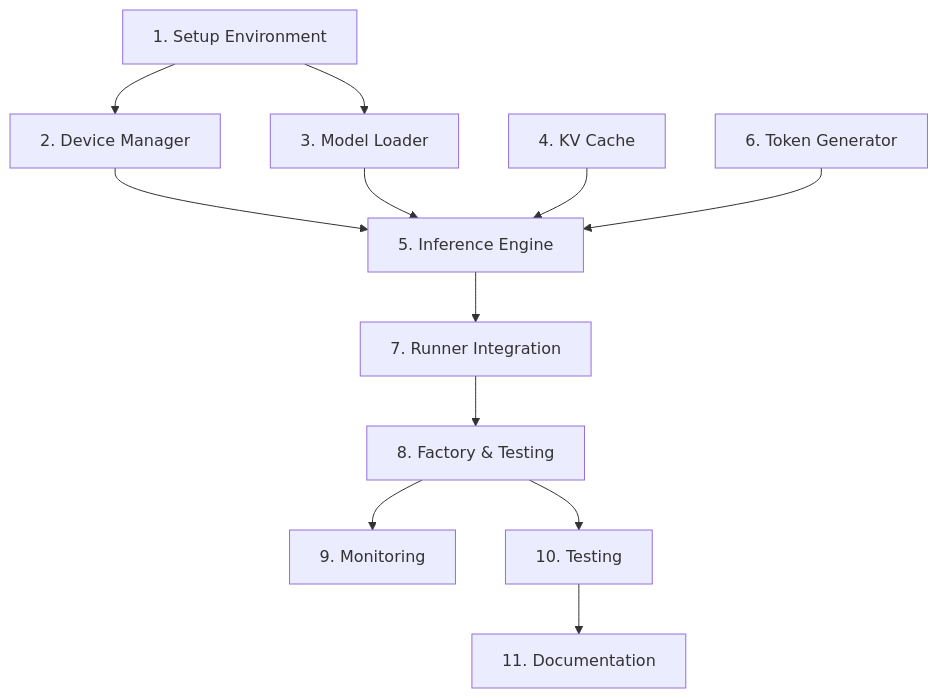
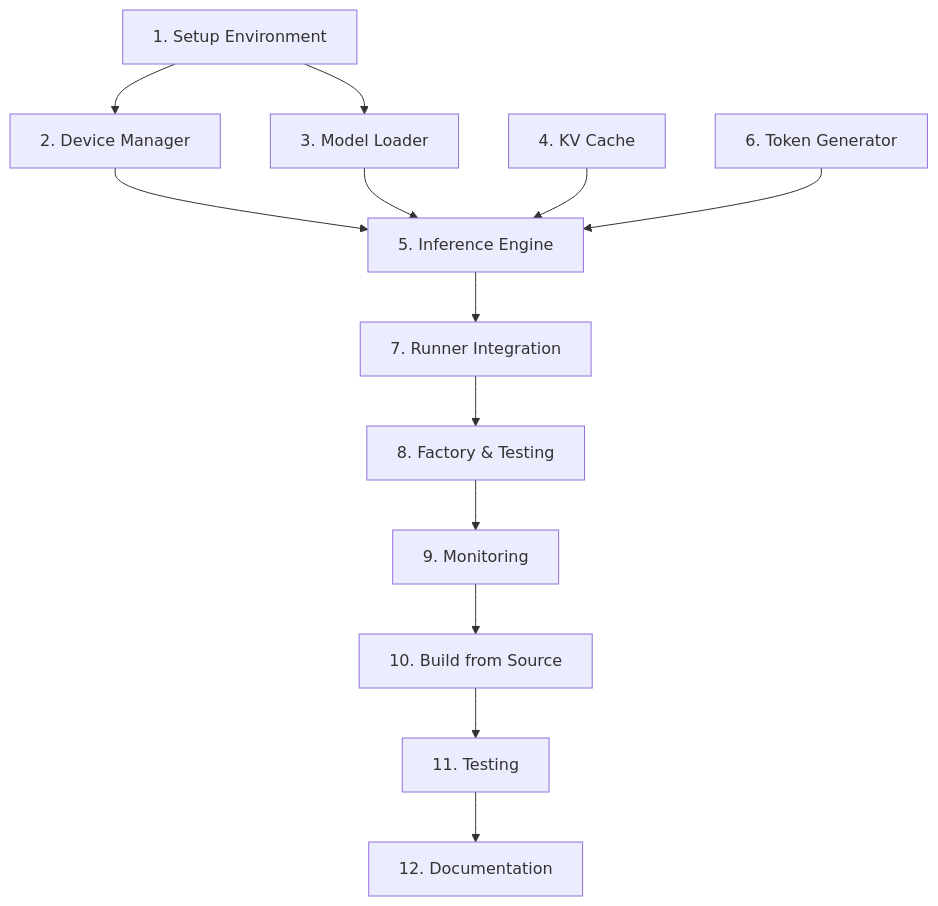
Before and after one commit to celesrenata/exo: the diagram in .kiro/specs/pytorch-ipex-intel-arc/tasks.md, drawn with Mermaid. The commit also changed other lines of this file and 85 other files, not shown here.

````diff
--- a/.kiro/specs/pytorch-ipex-intel-arc/tasks.md
+++ b/.kiro/specs/pytorch-ipex-intel-arc/tasks.md
@@ -391,14 +454,15 @@
 ```mermaid
 graph TD
     T1[1. Setup Environment] --> T2[2. Device Manager]
     T1 --> T3[3. Model Loader]
     T2 --> T5[5. Inference Engine]
     T3 --> T5
     T4[4. KV Cache] --> T5
     T6[6. Token Generator] --> T5
     T5 --> T7[7. Runner Integration]
     T7 --> T8[8. Factory & Testing]
     T8 --> T9[9. Monitoring]
-    T8 --> T10[10. Testing]
-    T10 --> T11[11. Documentation]
+    T9 --> T10[10. Build from Source]
+    T10 --> T11[11. Testing]
+    T11 --> T12[12. Documentation]
 ```
````
